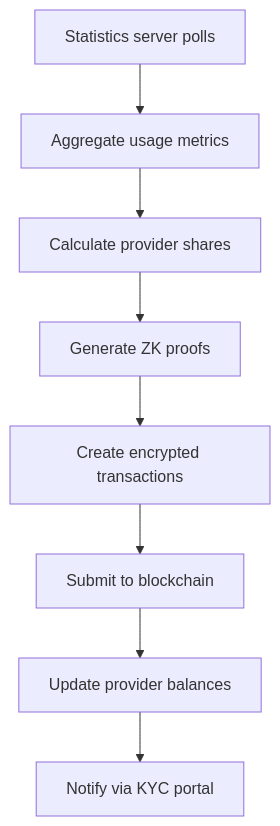
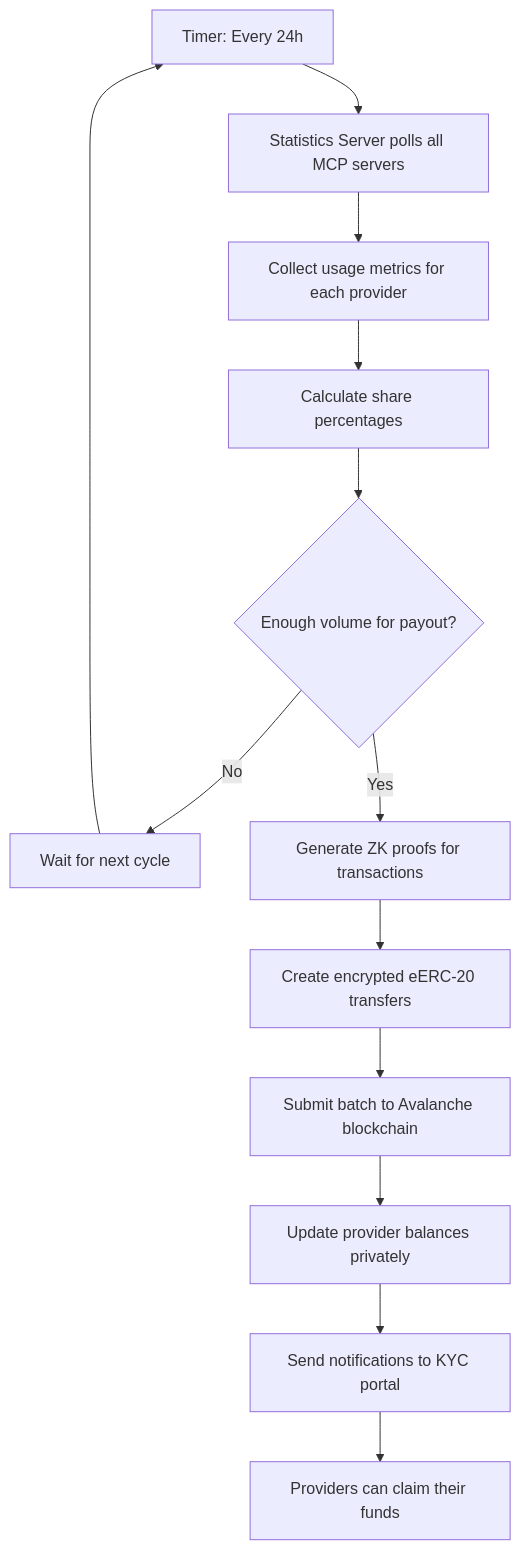
Before and after one commit to a6b8/backendshield: the second of 2 diagrams in about/USER_FLOW.md, drawn with Mermaid. The commit also changed other lines of this file, not shown here.

````diff
--- a/about/USER_FLOW.md
+++ b/about/USER_FLOW.md
@@ -76,10 +38,18 @@
 ```mermaid
 graph TD
-    A[Statistics server polls] --> B[Aggregate usage metrics]
-    B --> C[Calculate provider shares]
-    C --> D[Generate ZK proofs]
-    D --> E[Create encrypted transactions]
-    E --> F[Submit to blockchain]
-    F --> G[Update provider balances]
-    G --> H[Notify via KYC portal]
+    A[Timer: Every 24h] --> B[Statistics Server polls all MCP servers]
+    B --> C[Collect usage metrics for each provider]
+    C --> D[Calculate share percentages]
+    
+    D --> E{Enough volume for payout?}
+    E -->|No| F[Wait for next cycle]
+    E -->|Yes| G[Generate ZK proofs for transactions]
+    
+    G --> H[Create encrypted eERC-20 transfers]
+    H --> I[Submit batch to Avalanche blockchain]
+    I --> J[Update provider balances privately]
+    J --> K[Send notifications to KYC portal]
+    
+    K --> L[Providers can claim their funds]
+    F --> A
 ```
````
